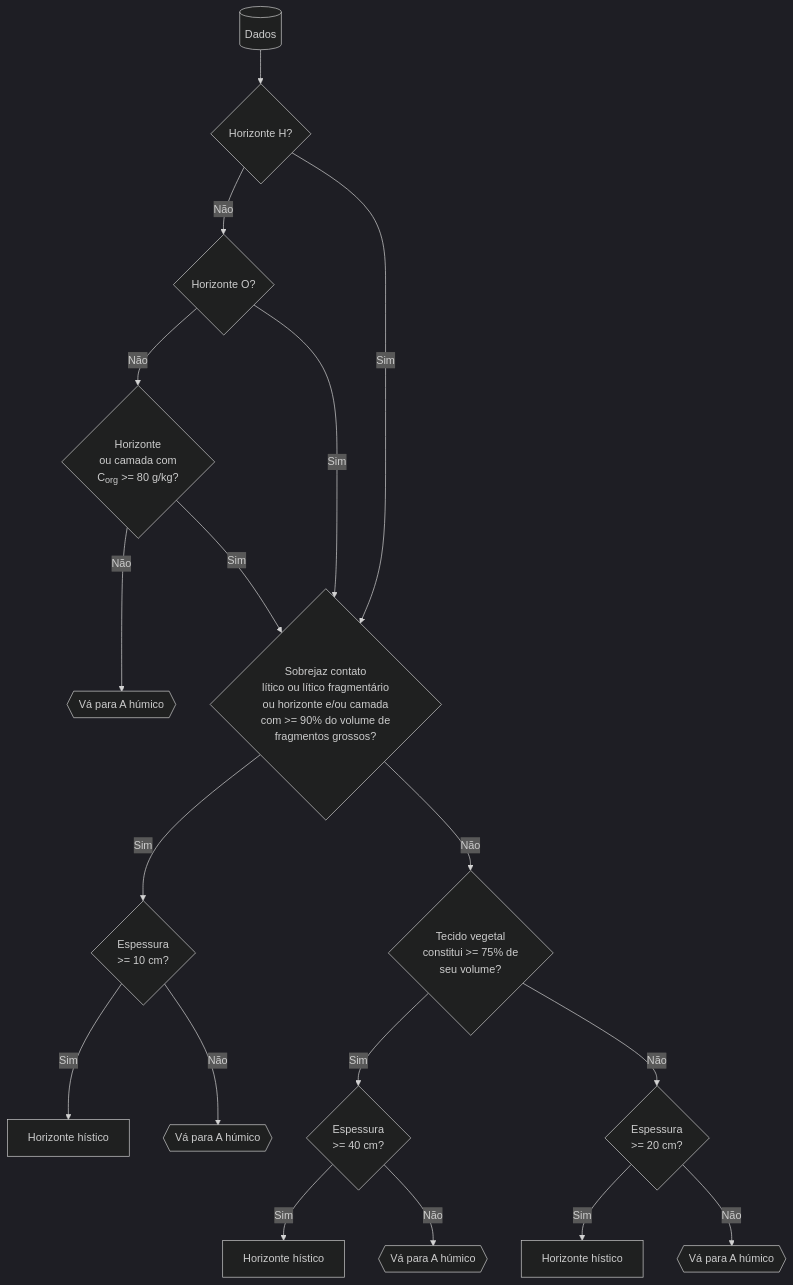
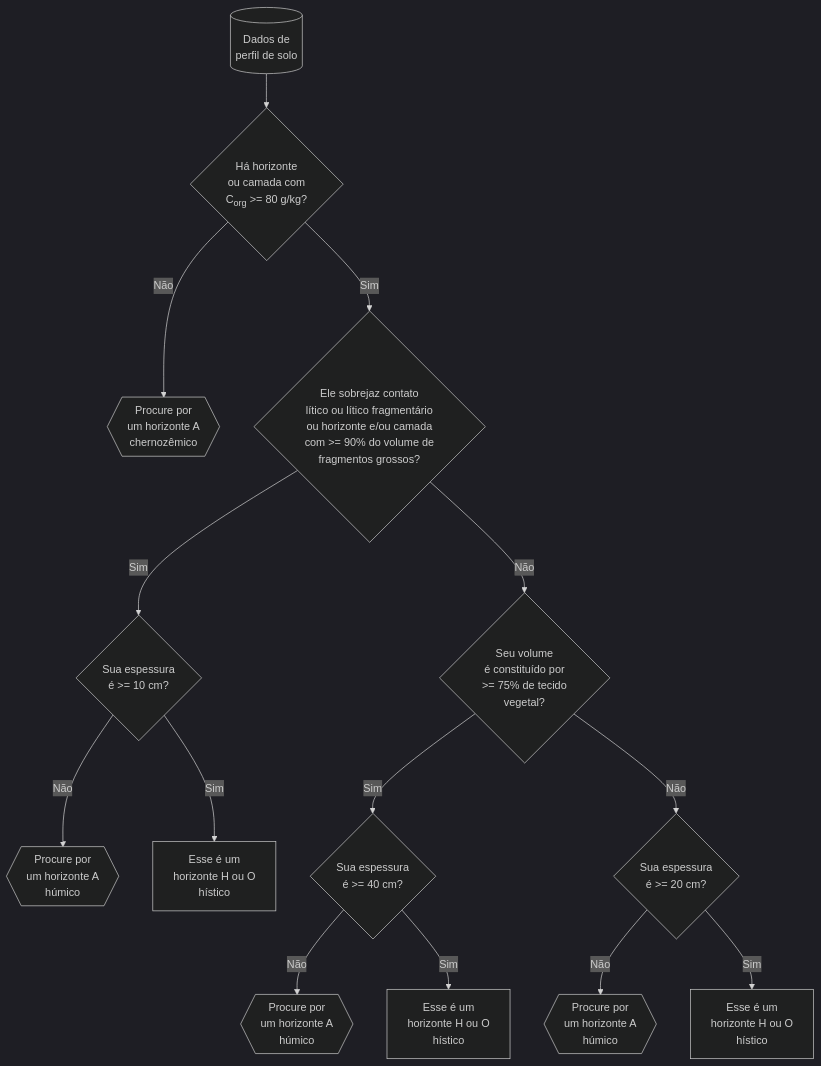
Before and after one commit to Laboratorio-de-Pedometria/pedometria.org: the diagram in content/cursos/classificacao-de-solos/histico.md, drawn with Mermaid (dark theme).

Commit message:
new version due to Dalmolin

````diff
--- a/content/cursos/classificacao-de-solos/histico.md
+++ b/content/cursos/classificacao-de-solos/histico.md
@@ -19,21 +19,17 @@
 ```mermaid
 graph TB
-  A[(Dados)]
-  A --> B{Horizonte H?}
-  B -->|Não| C{Horizonte O?}
-  C -->|Não| D{Horizonte<br>ou camada com<br>C<sub>org</sub> >= 80 g/kg?}
-  D -->|Não| N{{Vá para A húmico}}
-  B -->|Sim| E{Sobrejaz contato<br>lítico ou lítico fragmentário<br>ou horizonte e/ou camada<br>com >= 90% do volume de<br>fragmentos grossos?}
-  C -->|Sim| E
-  D -->|Sim| E
-  E -->|Sim| Z{Espessura<br>>= 10 cm?}
-  Z -->|Sim| X[Horizonte hístico]
-  Z -->|Não| M{{Vá para A húmico}}
-  E -->|Não| I{Tecido vegetal<br>constitui >= 75% de<br>seu volume?}
-  I -->|Sim| J{Espessura<br>>= 40 cm?}
-  I -->|Não| L{Espessura<br>>= 20 cm?}
-  L -->|Sim| R[Horizonte hístico]
-  J -->|Sim| Q[Horizonte hístico]
-  J -->|Não| S{{Vá para A húmico}}
-  L -->|Não| P{{Vá para A húmico}}
+  A[(Dados de<br>perfil de solo)]
+  A --> B{Há horizonte<br>ou camada com<br>C<sub>org</sub> >= 80 g/kg?}
+  B -->|Não| N{{Procure por<br>um horizonte A<br>chernozêmico}}
+  B -->|Sim| E{Ele sobrejaz contato<br>lítico ou lítico fragmentário<br>ou horizonte e/ou camada<br>com >= 90% do volume de<br>fragmentos grossos?}
+  E -->|Sim| Z{Sua espessura<br>é >= 10 cm?}
+  Z -->|Não| M{{Procure por<br>um horizonte A<br>húmico}}
+  Z -->|Sim| X[Esse é um<br>horizonte H ou O<br>hístico]
+  E -->|Não| I{Seu volume<br>é constituído por<br>>= 75% de tecido<br>vegetal?}
+  I -->|Sim| J{Sua espessura<br>é >= 40 cm?}
+  I -->|Não| L{Sua espessura<br>é >= 20 cm?}
+  J -->|Não| S{{Procure por<br>um horizonte A<br>húmico}}
+  L -->|Não| P{{Procure por<br>um horizonte A<br>húmico}}
+  L -->|Sim| R[Esse é um<br>horizonte H ou O<br>hístico]
+  J -->|Sim| Q[Esse é um<br>horizonte H ou O<br>hístico]
 ```
````
